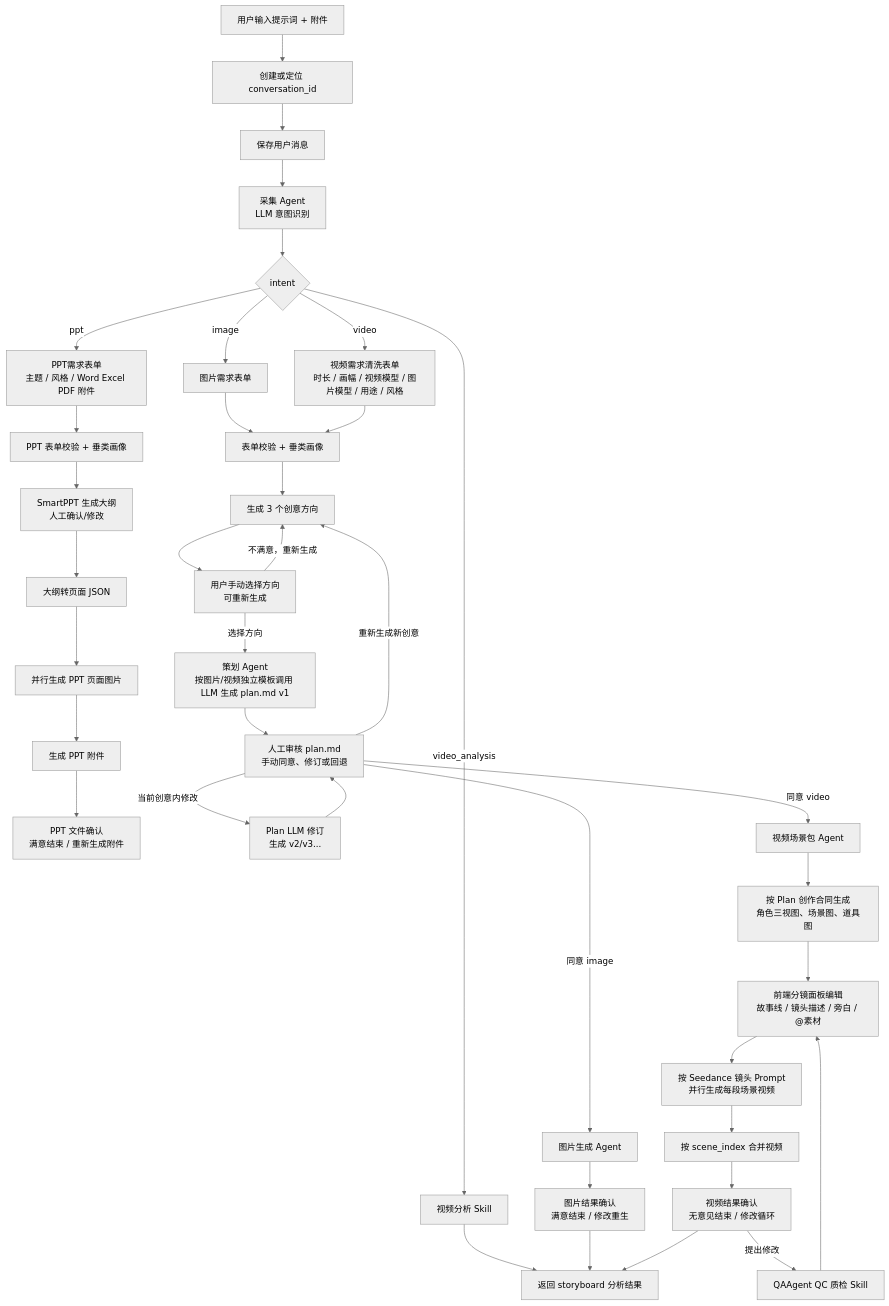
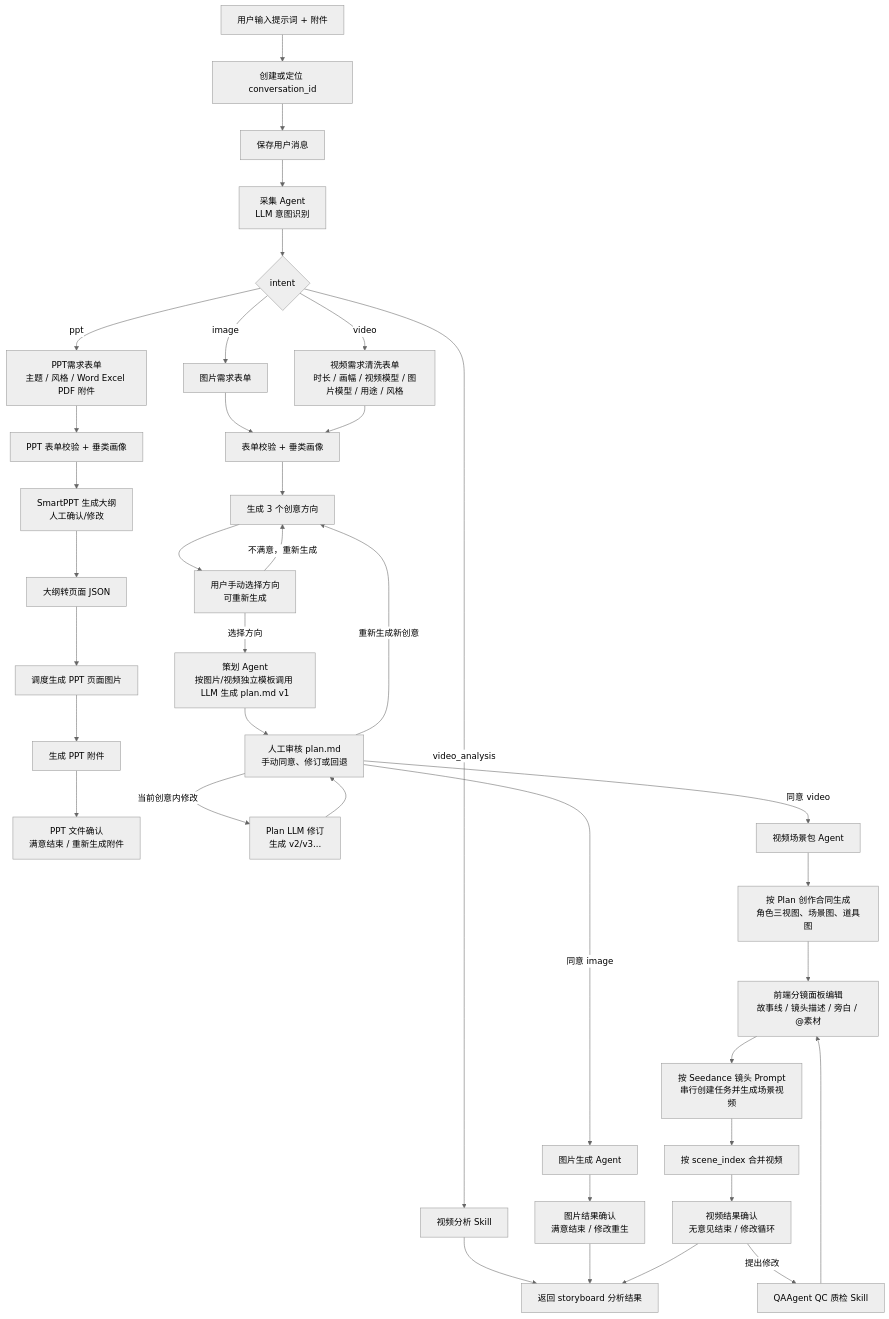
Before and after one commit to joyslxd/pixelflow: the second of 7 diagrams in docs/pixelflow-agent-skill-flow-latest-design.md, drawn with Mermaid (neutral theme). The commit also changed other lines of this file and 5 other files, not shown here.

````diff
--- a/docs/pixelflow-agent-skill-flow-latest-design.md
+++ b/docs/pixelflow-agent-skill-flow-latest-design.md
@@ -48,40 +48,40 @@
 ```mermaid
 flowchart TD
   A["用户输入提示词 + 附件"] --> B["创建或定位 conversation_id"]
   B --> C["保存用户消息"]
   C --> D["采集 Agent<br/>LLM 意图识别"]
   D --> E{"intent"}
   E -->|"video_analysis"| VA["视频分析 Skill"]
   E -->|"image"| IF["图片需求表单"]
   E -->|"video"| VF["视频需求清洗表单<br/>时长 / 画幅 / 视频模型 / 图片模型 / 用途 / 风格"]
   E -->|"ppt"| PF["PPT需求表单<br/>主题 / 风格 / Word Excel PDF 附件"]
   IF --> IV["表单校验 + 垂类画像"]
   VF --> IV
   PF --> PIV["PPT 表单校验 + 垂类画像"]
   PIV --> PSUM["SmartPPT 生成大纲<br/>人工确认/修改"]
   PSUM --> PJSON["大纲转页面 JSON"]
-  PJSON --> PIMG["并行生成 PPT 页面图片"]
+  PJSON --> PIMG["调度生成 PPT 页面图片"]
   PIMG --> PFILE["生成 PPT 附件"]
   PFILE --> PDONE["PPT 文件确认<br/>满意结束 / 重新生成附件"]
   IV --> DIR["生成 3 个创意方向"]
   DIR --> CHOOSE["用户手动选择方向<br/>可重新生成"]
   CHOOSE -->|"不满意，重新生成"| DIR
   CHOOSE -->|"选择方向"| PLAN["策划 Agent<br/>按图片/视频独立模板调用 LLM 生成 plan.md v1"]
   PLAN --> REVIEW["人工审核 plan.md<br/>手动同意、修订或回退"]
   REVIEW -->|"当前创意内修改"| REVISE["Plan LLM 修订<br/>生成 v2/v3..."]
   REVISE --> REVIEW
   REVIEW -->|"重新生成新创意"| DIR
   REVIEW -->|"同意 image"| IMG["图片生成 Agent"]
   REVIEW -->|"同意 video"| VP["视频场景包 Agent"]
   IMG --> IR["图片结果确认<br/>满意结束 / 修改重生"]
   VP --> SA["按 Plan 创作合同生成<br/>角色三视图、场景图、道具图"]
   SA --> SB["前端分镜面板编辑<br/>故事线 / 镜头描述 / 旁白 / @素材"]
-  SB --> SV["按 Seedance 镜头 Prompt<br/>并行生成每段场景视频"]
+  SB --> SV["按 Seedance 镜头 Prompt<br/>串行创建任务并生成场景视频"]
   SV --> MERGE["按 scene_index 合并视频"]
   MERGE --> VR["视频结果确认<br/>无意见结束 / 修改循环"]
   VR -->|"提出修改"| QC["QAAgent QC 质检 Skill"]
   QC --> SB
   VA --> DONE["返回 storyboard 分析结果"]
   IR --> DONE
   VR --> DONE
 ```
````
